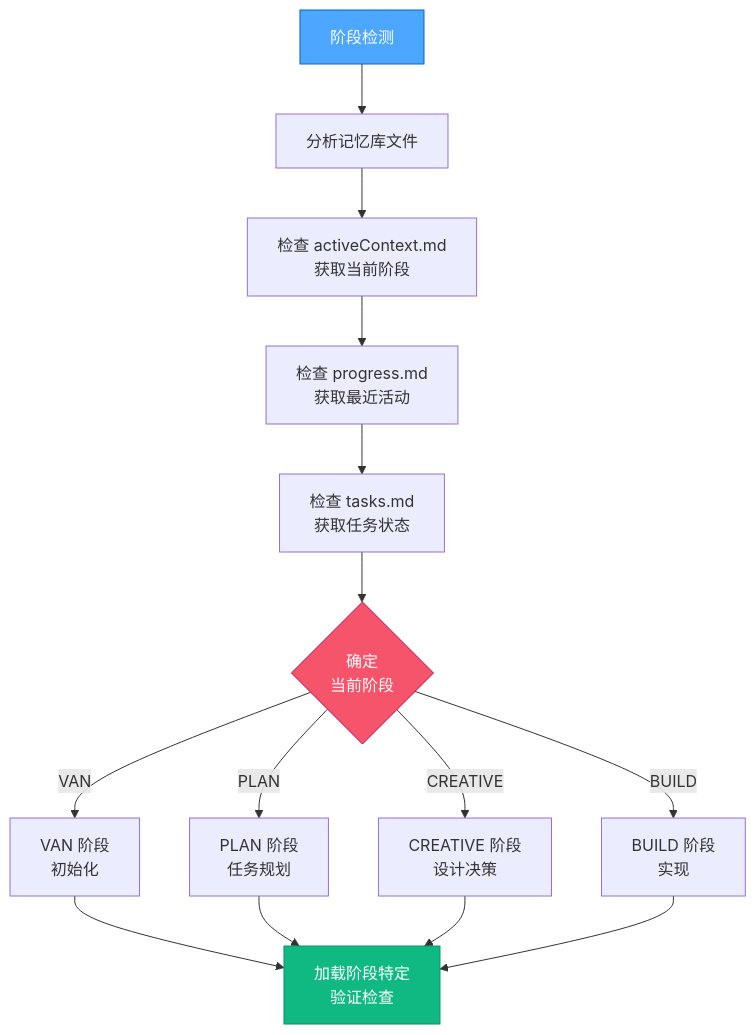
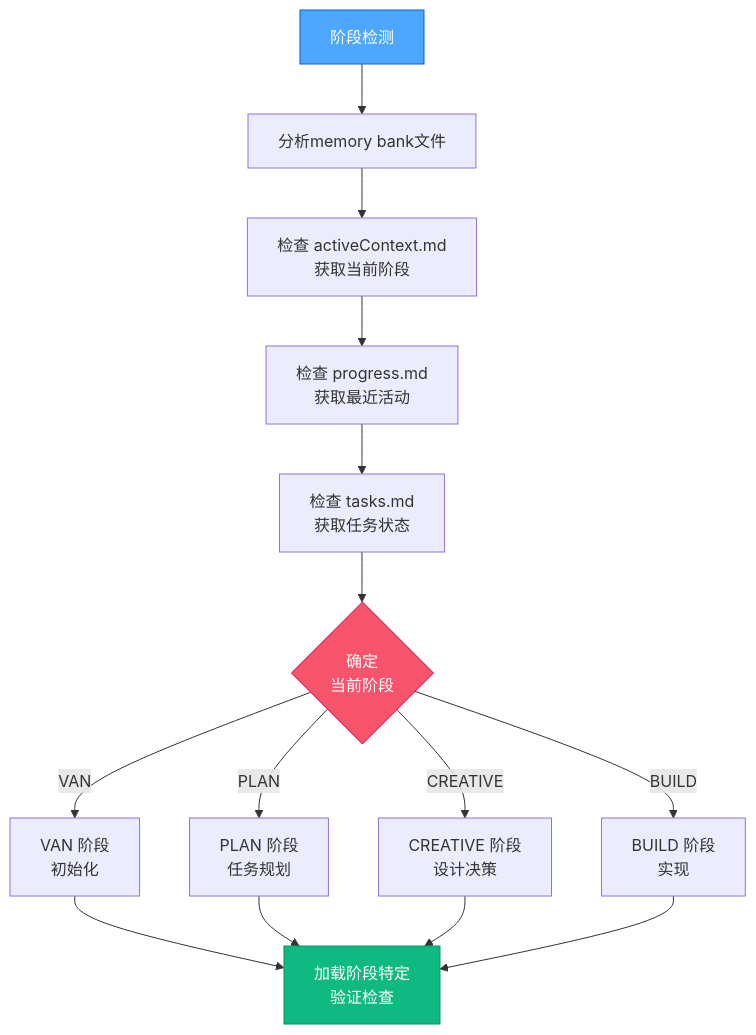
One commit to autel-lizhuohang/cursor-memory-bank-cn changed the second of 10 diagrams in .cursor/rules/isolation_rules/visual-maps/qa-mode-map.mdc. Above: the diagram before and after it, drawn with Mermaid. The commit also changed other lines of this file and 33 other files, not shown here.

````diff
--- a/.cursor/rules/isolation_rules/visual-maps/qa-mode-map.mdc
+++ b/.cursor/rules/isolation_rules/visual-maps/qa-mode-map.mdc
@@ -65,19 +65,19 @@
 ```mermaid
 graph TD
-    PD["阶段检测"] --> CheckMB["分析记忆库文件"]
+    PD["阶段检测"] --> CheckMB["分析memory bank文件"]
     CheckMB --> CheckActive["检查 activeContext.md<br>获取当前阶段"]
     CheckActive --> CheckProgress["检查 progress.md<br>获取最近活动"]
     CheckProgress --> CheckTasks["检查 tasks.md<br>获取任务状态"]
 
     CheckTasks --> PhaseResult{"确定<br>当前阶段"}
     PhaseResult -->|"VAN"| VAN["VAN 阶段<br>初始化"]
     PhaseResult -->|"PLAN"| PLAN["PLAN 阶段<br>任务规划"]
     PhaseResult -->|"CREATIVE"| CREATIVE["CREATIVE 阶段<br>设计决策"]
     PhaseResult -->|"BUILD"| BUILD["BUILD 阶段<br>实现"]
 
     VAN & PLAN & CREATIVE & BUILD --> LoadChecks["加载阶段特定<br>验证检查"]
 
     style PD fill:#4da6ff,stroke:#0066cc,color:white
     style PhaseResult fill:#f6546a,stroke:#c30052,color:white
     style LoadChecks fill:#10b981,stroke:#059669,color:white
 ```
````
